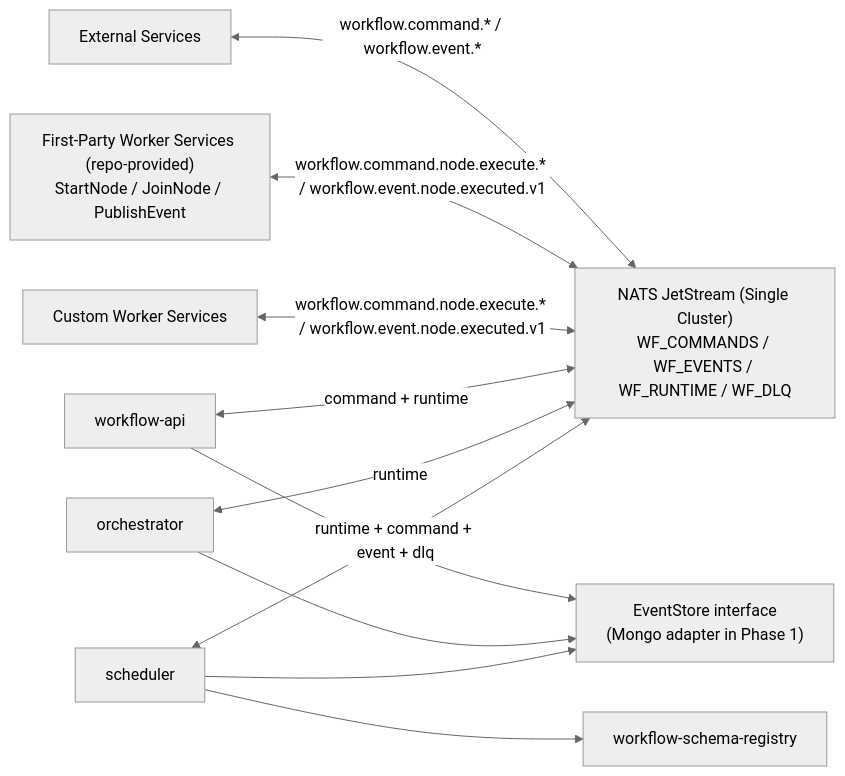
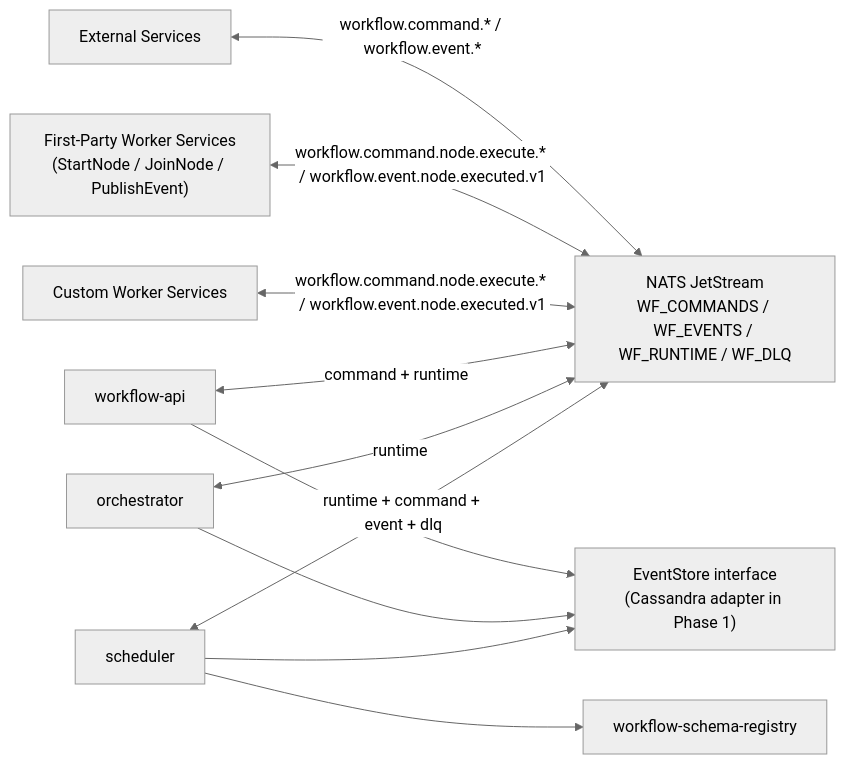
One commit to hao0731/workflow changed the first of 5 diagrams in docs/new-technical-design.md. Above: the diagram before and after it, drawn with Mermaid (neutral theme). The commit also changed other lines of this file, not shown here.

Commit message:
docs: update technical design document to clarify system purpose and architecture

````diff
--- a/docs/new-technical-design.md
+++ b/docs/new-technical-design.md
@@ -33,23 +47,23 @@
 ```mermaid
 flowchart LR
   EXT["External Services"]
-  FPW["First-Party Worker Services (repo-provided)\nStartNode / JoinNode / PublishEvent"]
+  FPW["First-Party Worker Services\n(StartNode / JoinNode / PublishEvent)"]
   CWW["Custom Worker Services"]
-  NATS["NATS JetStream (Single Cluster)\nWF_COMMANDS / WF_EVENTS / WF_RUNTIME / WF_DLQ"]
+  NATS["NATS JetStream\nWF_COMMANDS / WF_EVENTS / WF_RUNTIME / WF_DLQ"]
   API["workflow-api"]
   ORC["orchestrator"]
   SCH["scheduler"]
   REG["workflow-schema-registry"]
-  ES["EventStore interface\n(Mongo adapter in Phase 1)"]
+  ES["EventStore interface\n(Cassandra adapter in Phase 1)"]
 
   EXT <-->|workflow.command.* / workflow.event.*| NATS
   FPW <-->|workflow.command.node.execute.* / workflow.event.node.executed.v1| NATS
   CWW <-->|workflow.command.node.execute.* / workflow.event.node.executed.v1| NATS
   API <-->|command + runtime| NATS
   ORC <-->|runtime| NATS
   SCH <-->|runtime + command + event + dlq| NATS
   SCH --> REG
   API --> ES
   ORC --> ES
   SCH --> ES
 ```
````
